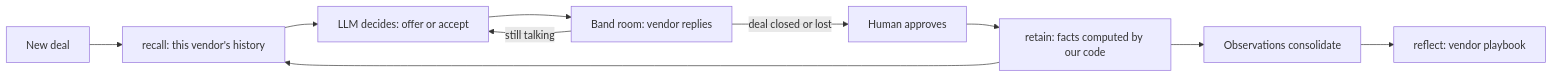
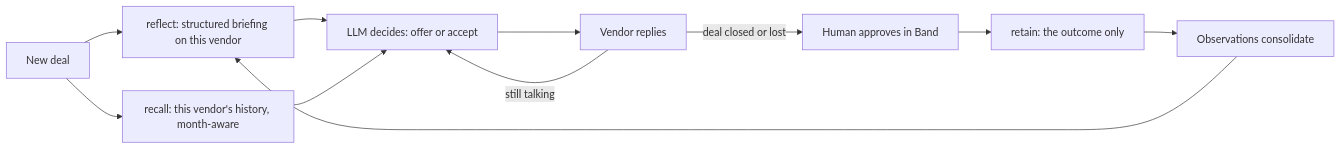
Before and after one commit to thirthpatel2-web/counterparty: the diagram in README.md, drawn with Mermaid. The commit also changed other lines of this file and 4 other files, not shown here.

````diff
--- a/README.md
+++ b/README.md
@@ -23,12 +23,13 @@
 ```mermaid
 flowchart LR
-    A[New deal] --> B[recall: this vendor's history]
-    B --> C[LLM decides: offer or accept]
-    C --> D[Band room: vendor replies]
-    D -->|still talking| C
-    D -->|deal closed or lost| E[Human approves]
-    E --> F[retain: facts computed by our code]
-    F --> G[Observations consolidate]
-    G --> H[reflect: vendor playbook]
-    F --> B
+    A[New deal] --> B[reflect: structured briefing on this vendor]
+    A --> C[recall: this vendor's history, month-aware]
+    B --> D[LLM decides: offer or accept]
+    C --> D
+    D --> E[Vendor replies]
+    E -->|still talking| D
+    E -->|deal closed or lost| F[Human approves in Band]
+    F --> G[retain: the outcome only]
+    G --> H[Observations consolidate]
+    H --> B
 ```
````
